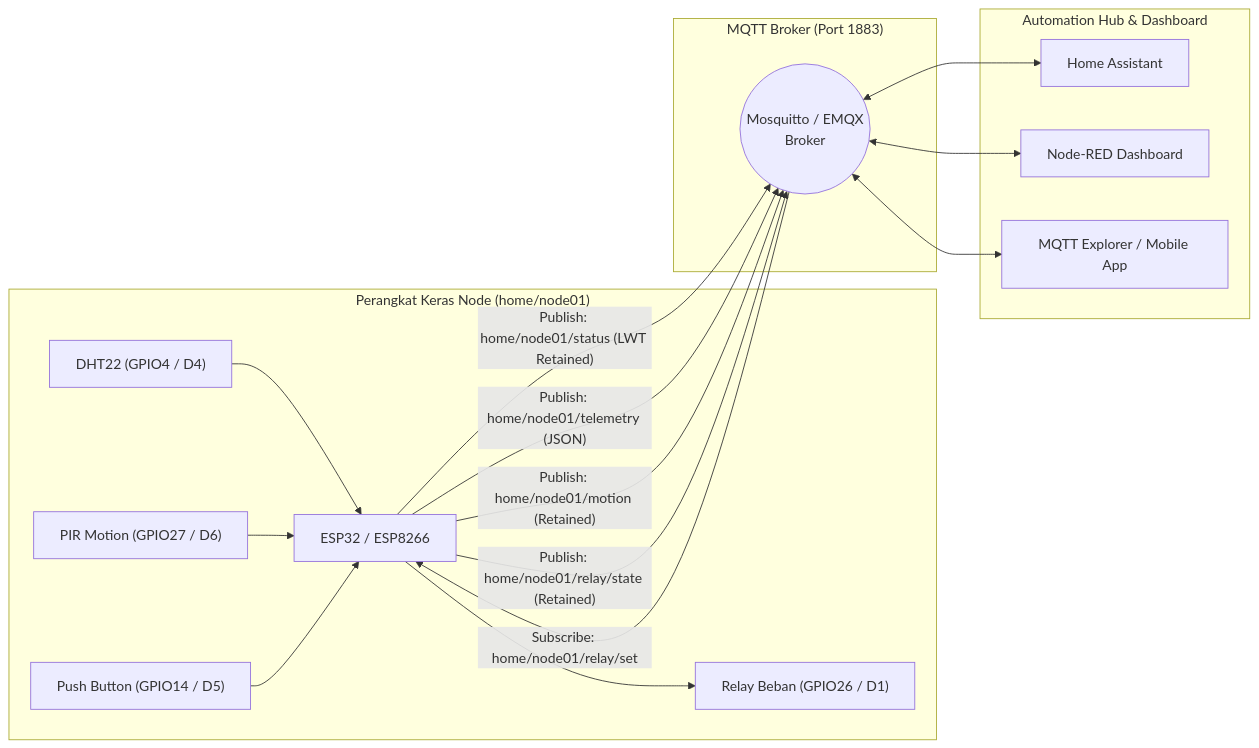
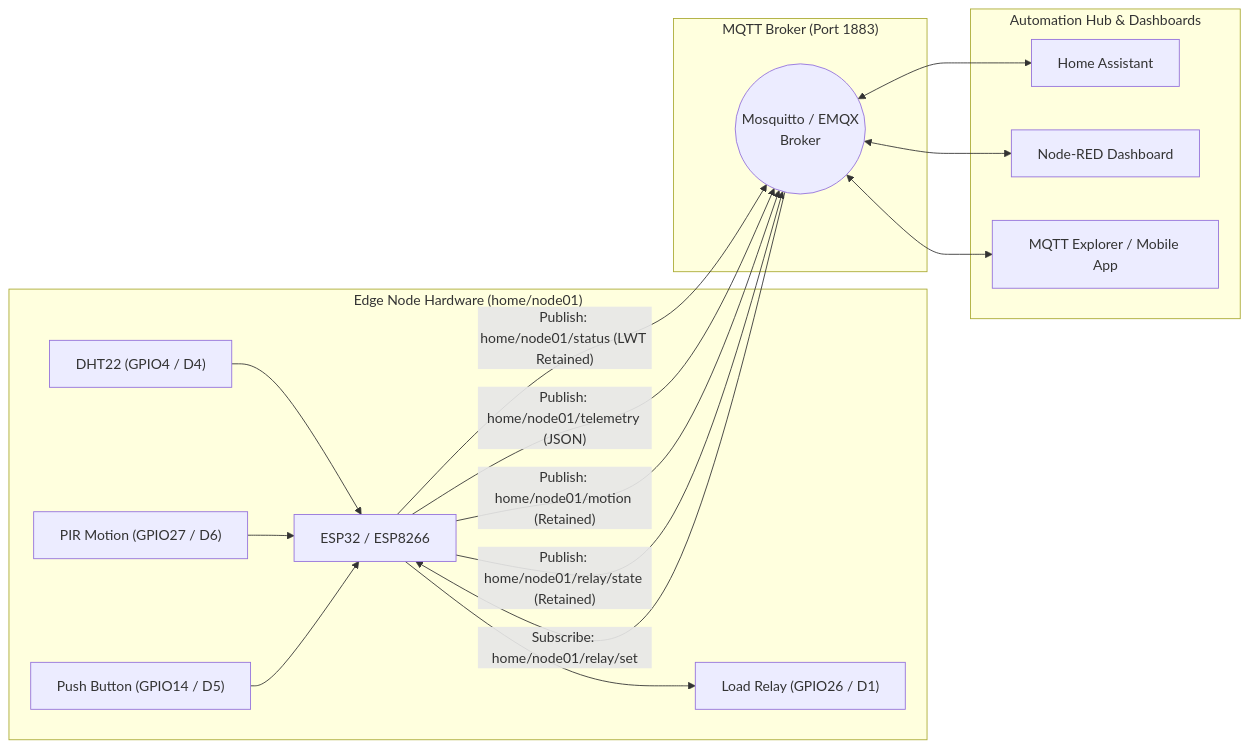
Before and after one commit to kenzojulian111/microcontroller-iot-journey: the diagram in 04-mqtt-home-automation/schematics/wiring-guide.md, drawn with Mermaid. The commit also changed other lines of this file and 150 other files, not shown here.

````diff
--- a/04-mqtt-home-automation/schematics/wiring-guide.md
+++ b/04-mqtt-home-automation/schematics/wiring-guide.md
@@ -30,29 +30,29 @@
 ```mermaid
 flowchart LR
-    subgraph Sensors["Perangkat Keras Node (home/node01)"]
+    subgraph Sensors["Edge Node Hardware (home/node01)"]
         DHT["DHT22 (GPIO4 / D4)"] --> MCU["ESP32 / ESP8266"]
         PIR["PIR Motion (GPIO27 / D6)"] --> MCU
         BTN["Push Button (GPIO14 / D5)"] --> MCU
-        MCU --> RLY["Relay Beban (GPIO26 / D1)"]
+        MCU --> RLY["Load Relay (GPIO26 / D1)"]
     end
 
     subgraph Broker["MQTT Broker (Port 1883)"]
         MQ(("Mosquitto / EMQX\nBroker"))
     end
 
-    subgraph Clients["Automation Hub & Dashboard"]
+    subgraph Clients["Automation Hub & Dashboards"]
         HA["Home Assistant"]
         NR["Node-RED Dashboard"]
         APP["MQTT Explorer / Mobile App"]
     end
 
     MCU -- "Publish: home/node01/status (LWT Retained)" --> MQ
     MCU -- "Publish: home/node01/telemetry (JSON)" --> MQ
     MCU -- "Publish: home/node01/motion (Retained)" --> MQ
     MCU -- "Publish: home/node01/relay/state (Retained)" --> MQ
     MQ -- "Subscribe: home/node01/relay/set" --> MCU
 
     MQ <--> HA
     MQ <--> NR
     MQ <--> APP
 ```
````
